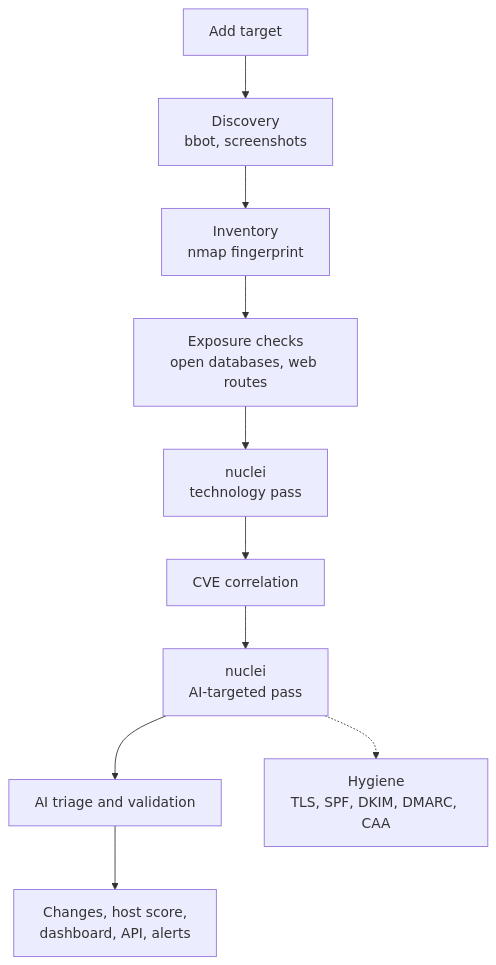
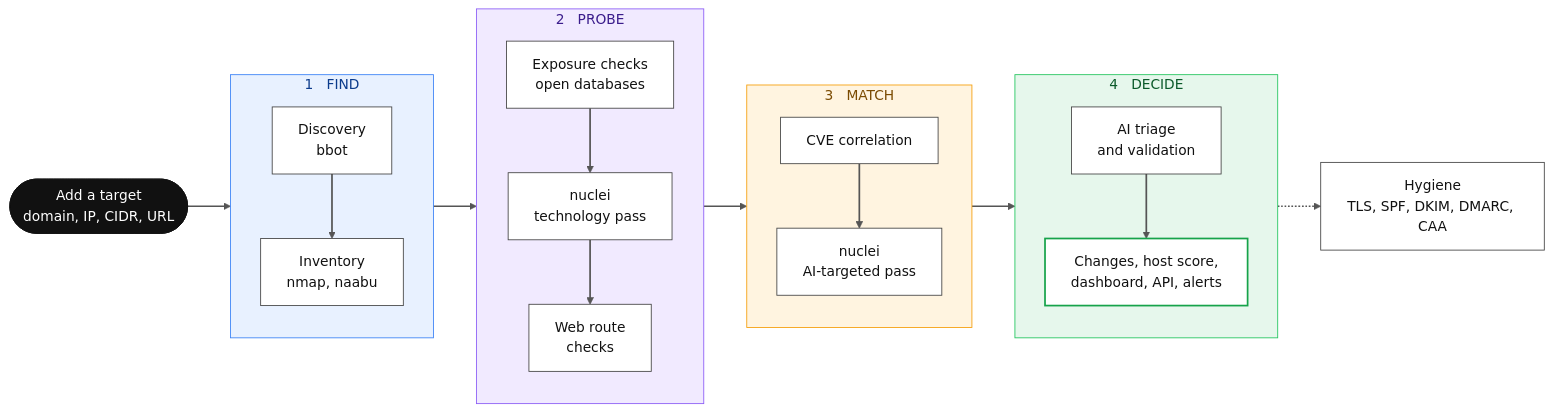
One commit to hevnsnt/CVEngine changed the first of 2 diagrams in README.md. Above: the diagram before and after it, drawn with Mermaid. The commit also changed other lines of this file and 82 other files, not shown here.

````diff
--- a/README.md
+++ b/README.md
@@ -80,12 +69,43 @@
 ```mermaid
-flowchart TD
-    A["Add target"] --> B["Discovery<br/>bbot, screenshots"]
-    B --> C["Inventory<br/>nmap fingerprint"]
-    C --> D["Exposure checks<br/>open databases, web routes"]
-    D --> E["nuclei<br/>technology pass"]
-    E --> F["CVE correlation"]
-    F --> G["nuclei<br/>AI-targeted pass"]
-    G --> H["AI triage and validation"]
-    H --> I["Changes, host score,<br/>dashboard, API, alerts"]
-    G -.-> J["Hygiene<br/>TLS, SPF, DKIM, DMARC, CAA"]
+flowchart LR
+    T(["Add a target<br/>domain, IP, CIDR, URL"])
+
+    subgraph FIND["1 &nbsp; FIND"]
+        direction TB
+        D["Discovery<br/>bbot"] --> I["Inventory<br/>nmap, naabu"]
+    end
+
+    subgraph PROBE["2 &nbsp; PROBE"]
+        direction TB
+        X["Exposure checks<br/>open databases"] --> N1["nuclei<br/>technology pass"] --> R["Web route<br/>checks"]
+    end
+
+    subgraph MATCH["3 &nbsp; MATCH"]
+        direction TB
+        C["CVE correlation"] --> N2["nuclei<br/>AI-targeted pass"]
+    end
+
+    subgraph DECIDE["4 &nbsp; DECIDE"]
+        direction TB
+        A["AI triage<br/>and validation"] --> O["Changes, host score,<br/>dashboard, API, alerts"]
+    end
+
+    H["Hygiene<br/>TLS, SPF, DKIM, DMARC, CAA"]
+
+    T --> FIND --> PROBE --> MATCH --> DECIDE
+    DECIDE -.-> H
+
+    style FIND fill:#e8f1ff,stroke:#3b82f6,color:#0b3b8c
+    style PROBE fill:#f1eaff,stroke:#8b5cf6,color:#3b1d8c
+    style MATCH fill:#fff4e0,stroke:#f59e0b,color:#7a4a00
+    style DECIDE fill:#e6f7ec,stroke:#22c55e,color:#0b5a2a
+    linkStyle default stroke:#555,stroke-width:2px
+
+    classDef start fill:#111,stroke:#111,color:#fff
+    classDef step fill:#fff,stroke:#444,color:#111
+    classDef out fill:#fff,stroke:#16a34a,stroke-width:2px,color:#111
+    class T start
+    class D,I,X,N1,R,C,N2,A step
+    class O out
+    class H step
 ```
````
